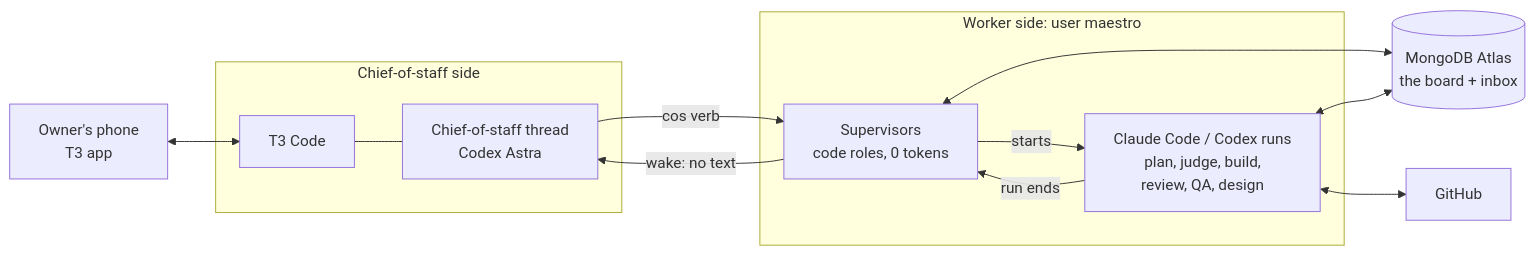
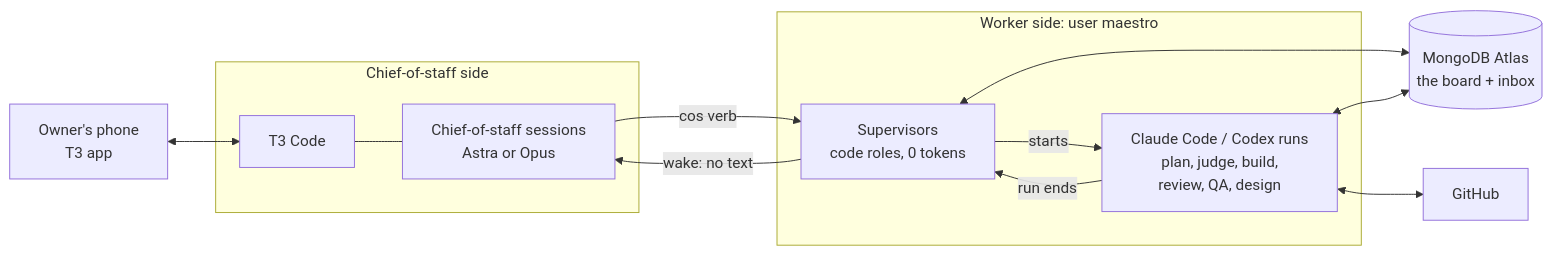
The first of 7 diagrams in docs/design/t3-runtime.md (ProlesDei/maestro), drawn with Mermaid before and after one commit. The commit also changed other lines of this file, not shown here.

Commit message:
Plan concurrent chief sessions and give delivery to the planner

````diff
--- a/docs/design/t3-runtime.md
+++ b/docs/design/t3-runtime.md
@@ -14,22 +15,22 @@
 ```mermaid
 flowchart LR
   OWNER["Owner's phone<br/>T3 app"]
   subgraph COSSIDE["Chief-of-staff side"]
     T3["T3 Code"]
-    COS["Chief-of-staff thread<br/>Codex Astra"]
+    COS["Chief-of-staff sessions<br/>Astra or Opus"]
   end
   subgraph WORKSIDE["Worker side: user maestro"]
     SUP["Supervisors<br/>code roles, 0 tokens"]
     RUNS["Claude Code / Codex runs<br/>plan, judge, build,<br/>review, QA, design"]
   end
   DB[("MongoDB Atlas<br/>the board + inbox")]
   GH["GitHub"]
   OWNER <--> T3 --- COS
   SUP -->|"wake: no text"| COS
   COS -->|"cos verb"| SUP
   SUP -->|"starts"| RUNS
   RUNS -->|"run ends"| SUP
   SUP <--> DB
   RUNS <--> DB
   RUNS <--> GH
 ```
````
